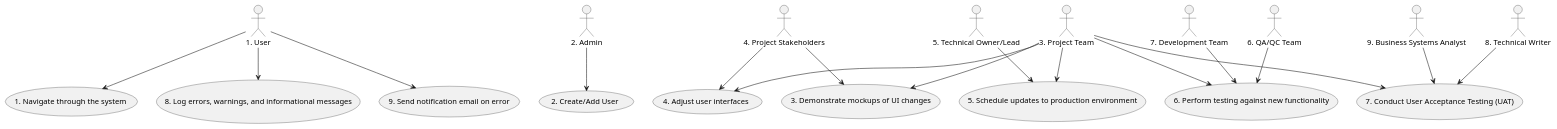
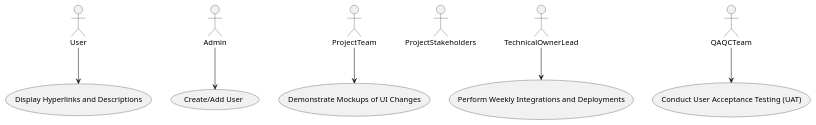
The diagram in Data/processed/2010 - blit draft_use_case_uml_code.puml (energyperformer/Automating-Software-Design-Process-using-LLM), drawn with PlantUML before and after one commit. The commit also changed 25 other files, not shown here.

Commit message:
add activity class diagrams

```diff
--- a/Data/processed/2010 - blit draft_use_case_uml_code.puml
+++ b/Data/processed/2010 - blit draft_use_case_uml_code.puml
@@ -1,48 +1,20 @@
 @startuml
+actor User
+actor Admin
+actor ProjectTeam
+actor ProjectStakeholders
+actor TechnicalOwnerLead
+actor QAQCTeam
 
-actor User as "1. User"
-actor Admin as "2. Admin"
-actor ProjectTeam as "3. Project Team"
-actor ProjectStakeholders as "4. Project Stakeholders"
-actor TechnicalOwnerLead as "5. Technical Owner/Lead"
-actor QAQCTeam as "6. QA/QC Team"
-actor DevelopmentTeam as "7. Development Team"
-actor TechnicalWriter as "8. Technical Writer"
-actor BusinessSystemsAnalyst as "9. Business Systems Analyst"
+usecase "Display Hyperlinks and Descriptions" as UC1
+usecase "Create/Add User" as UC2
+usecase "Demonstrate Mockups of UI Changes" as UC3
+usecase "Conduct User Acceptance Testing (UAT)" as UC4
+usecase "Perform Weekly Integrations and Deployments" as UC5
 
-usecase NavigateThroughSystem as "1. Navigate through the system"
-usecase CreateAddUser as "2. Create/Add User"
-usecase DemonstrateMockupsUIChanges as "3. Demonstrate mockups of UI changes"
-usecase AdjustUserInterfaces as "4. Adjust user interfaces"
-usecase ScheduleUpdatesProdEnvironment as "5. Schedule updates to production environment"
-usecase PerformTestingNewFunctionality as "6. Perform testing against new functionality"
-usecase ConductUAT as "7. Conduct User Acceptance Testing (UAT)"
-usecase LogErrorsWarnings as "8. Log errors, warnings, and informational messages"
-usecase SendNotificationEmailError as "9. Send notification email on error"
-
-User --> NavigateThroughSystem
-User --> LogErrorsWarnings
-User --> SendNotificationEmailError
-
-Admin --> CreateAddUser
-
-ProjectTeam --> DemonstrateMockupsUIChanges
-ProjectTeam --> AdjustUserInterfaces
-ProjectTeam --> ScheduleUpdatesProdEnvironment
-ProjectTeam --> PerformTestingNewFunctionality
-ProjectTeam --> ConductUAT
-
-ProjectStakeholders --> DemonstrateMockupsUIChanges
-ProjectStakeholders --> AdjustUserInterfaces
-
-TechnicalOwnerLead --> ScheduleUpdatesProdEnvironment
-
-QAQCTeam --> PerformTestingNewFunctionality
-
-DevelopmentTeam --> PerformTestingNewFunctionality
-
-TechnicalWriter --> ConductUAT
-
-BusinessSystemsAnalyst --> ConductUAT
-
+User --> UC1
+Admin --> UC2
+ProjectTeam --> UC3
+QAQCTeam --> UC4
+TechnicalOwnerLead --> UC5
 @enduml
```
